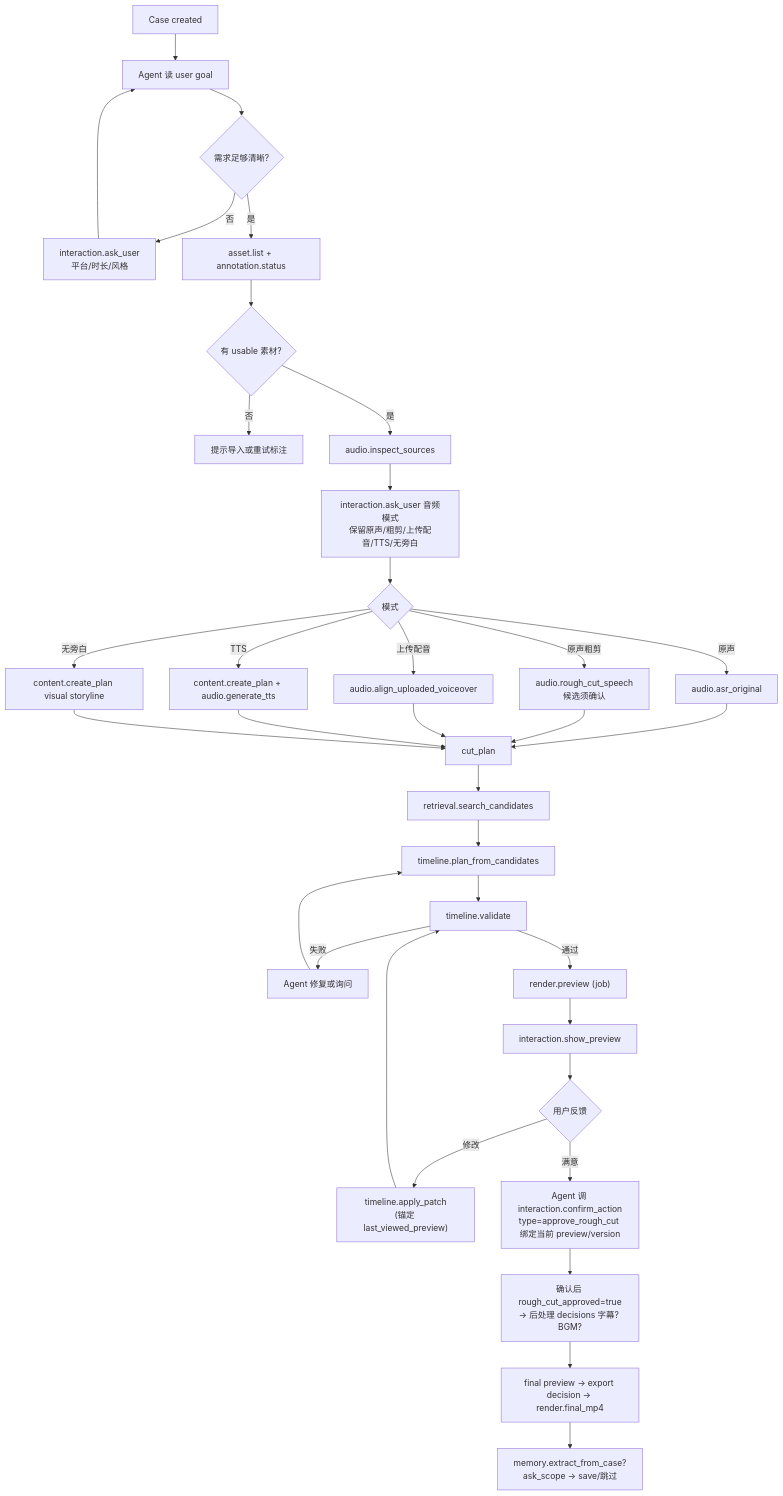
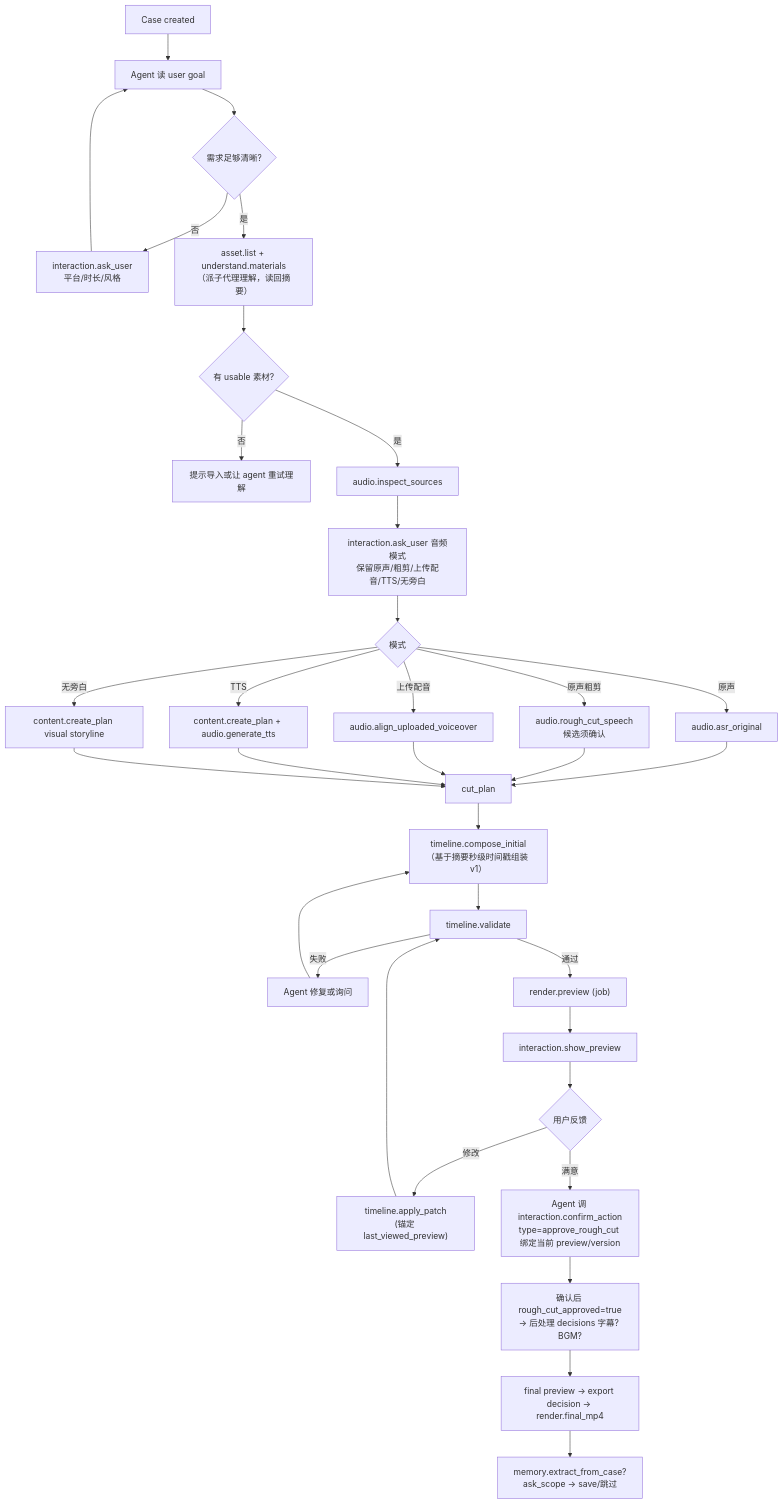
One commit to nanzhi84/Rushes changed diagram 13 of 23 in chat_first_editing_agent_prd_v1_2.md. Above: the diagram before and after it, drawn with Mermaid. The commit also changed other lines of this file and 156 other files, not shown here.

````diff
--- a/chat_first_editing_agent_prd_v1_2.md
+++ b/chat_first_editing_agent_prd_v1_2.md
@@ -970,31 +956,30 @@
 ```mermaid
 flowchart TB
   A["Case created"] --> B["Agent 读 user goal"]
   B --> C{"需求足够清晰?"}
   C -->|否| D["interaction.ask_user<br/>平台/时长/风格"]
   D --> B
-  C -->|是| E["asset.list + annotation.status"]
+  C -->|是| E["asset.list + understand.materials<br/>（派子代理理解，读回摘要）"]
   E --> F{"有 usable 素材?"}
-  F -->|否| G["提示导入或重试标注"]
+  F -->|否| G["提示导入或让 agent 重试理解"]
   F -->|是| H["audio.inspect_sources"]
   H --> I["interaction.ask_user 音频模式<br/>保留原声/粗剪/上传配音/TTS/无旁白"]
   I --> J{"模式"}
   J -->|原声| K["audio.asr_original"]
   J -->|原声粗剪| L["audio.rough_cut_speech<br/>候选须确认"]
   J -->|上传配音| M["audio.align_uploaded_voiceover"]
   J -->|TTS| N["content.create_plan + audio.generate_tts"]
   J -->|无旁白| O["content.create_plan visual storyline"]
   K & L & M & N & O --> P["cut_plan"]
-  P --> Q["retrieval.search_candidates"]
-  Q --> R["timeline.plan_from_candidates"]
+  P --> R["timeline.compose_initial<br/>（基于摘要秒级时间戳组装 v1）"]
   R --> S["timeline.validate"]
   S -->|失败| T["Agent 修复或询问"] --> R
   S -->|通过| U["render.preview (job)"]
   U --> V["interaction.show_preview"]
   V --> W{"用户反馈"}
   W -->|修改| X["timeline.apply_patch<br/>(锚定 last_viewed_preview)"] --> S
   W -->|满意| Y2["Agent 调 interaction.confirm_action<br/>type=approve_rough_cut 绑定当前 preview/version"]
   Y2 --> Y["确认后 rough_cut_approved=true<br/>→ 后处理 decisions 字幕? BGM?"]
   Y --> Z["final preview → export decision → render.final_mp4"]
   Z --> AA["memory.extract_from_case?<br/>ask_scope → save/跳过"]
 ```
````
